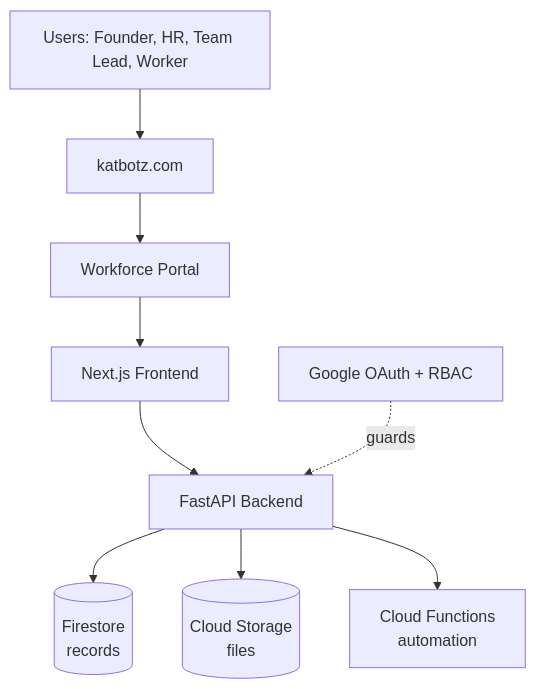
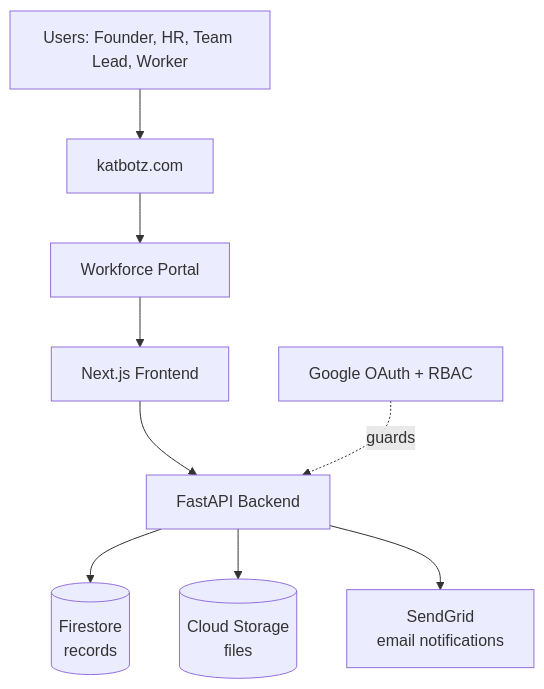
The first of 2 diagrams in 06-system-architecture.md (aayushi111-png/Workforce), drawn with Mermaid before and after one commit. The commit also changed other lines of this file and 5 other files, not shown here.

First line of the commit message:
Simplify automations: checklist-based access tracking, email-only notifications

````diff
--- a/06-system-architecture.md
+++ b/06-system-architecture.md
@@ -5,12 +5,12 @@
 ```mermaid
 flowchart TD
     U[Users: Founder, HR, Team Lead, Worker]
     U --> DOM[katbotz.com]
     DOM --> PORTAL[Workforce Portal]
     PORTAL --> FE[Next.js Frontend]
     FE --> BE[FastAPI Backend]
     BE --> DB[(Firestore<br/>records)]
     BE --> GCS[(Cloud Storage<br/>files)]
-    BE --> CF[Cloud Functions<br/>automation]
+    BE --> SG[SendGrid<br/>email notifications]
     AUTH[Google OAuth + RBAC] -.guards.-> BE
 ```
````
